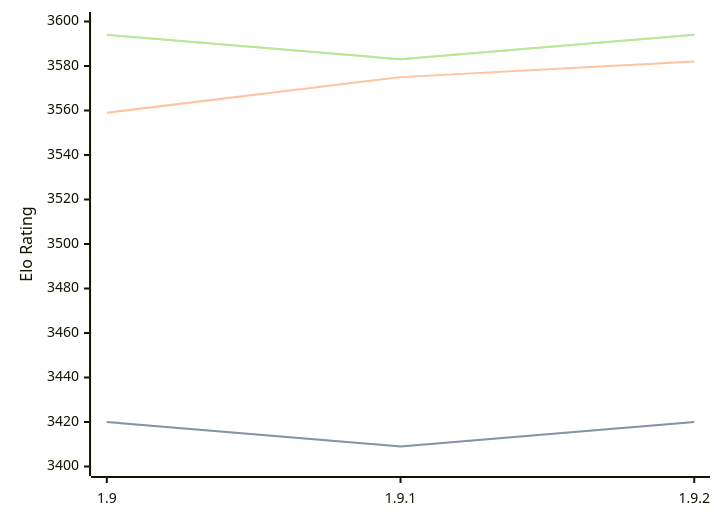
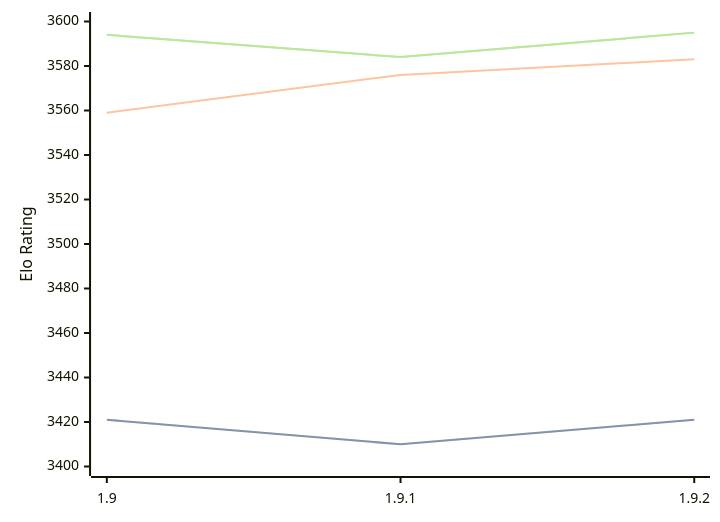
Before and after one commit to computer-chess-index/cci: the diagram in engines/Pawnocchio.md, drawn with Mermaid. The commit also changed other lines of this file, not shown here.

Commit message:
Update CCI Ratings (ELO VLTC) - 2026-05-04

````diff
--- a/engines/Pawnocchio.md
+++ b/engines/Pawnocchio.md
@@ -48,11 +48,11 @@
 ```mermaid
 %%{init: {"theme":"base","themeVariables":{"seriesColors:['#a3a3a3','#222221','#faa371']}}}%%
 xychart-beta
   x-axis ["1.9", "1.9.1", "1.9.2"]
   y-axis "Elo Rating" 3400 --> 3600
-  line "STC (8.0+0.08s)" [3420, 3409, 3420]
-  line "STC (8.0+0.08s)" [3420, 3409, 3420]
-  line "LTC (60.0+0.60s)" [3559, 3575, 3582]
-  line "VLTC (2m24s+1.12s)" [3594, 3583, 3594]
-  line "VLTC (2m24s+1.12s)" [3594, 3583, 3594]
+  line "STC (8.0+0.08s)" [3421, 3410, 3421]
+  line "STC (8.0+0.08s)" [3421, 3410, 3421]
+  line "LTC (60.0+0.60s)" [3559, 3576, 3583]
+  line "VLTC (2m24s+1.12s)" [3594, 3584, 3595]
+  line "VLTC (2m24s+1.12s)" [3594, 3584, 3595]
 ```
````
